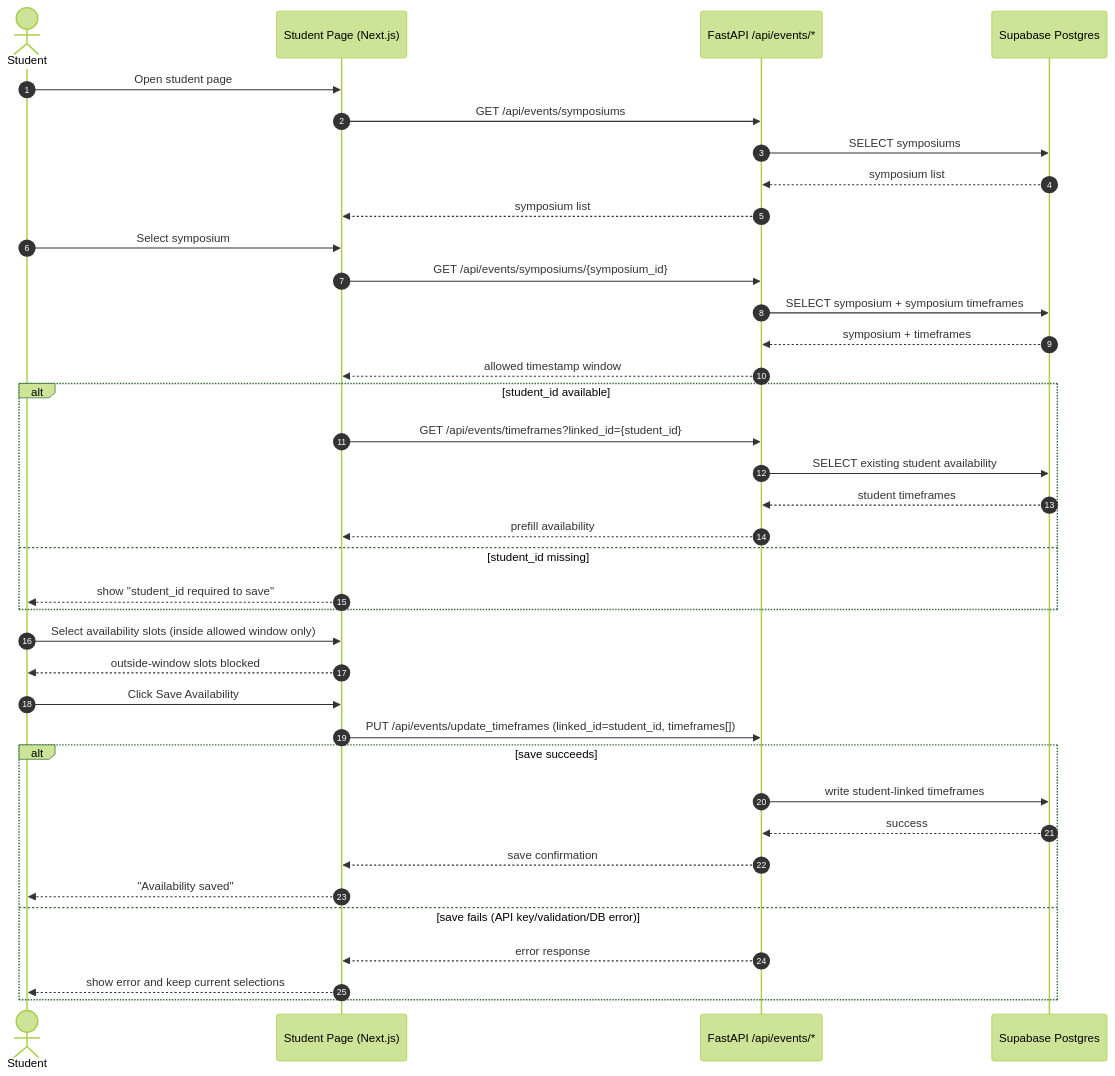
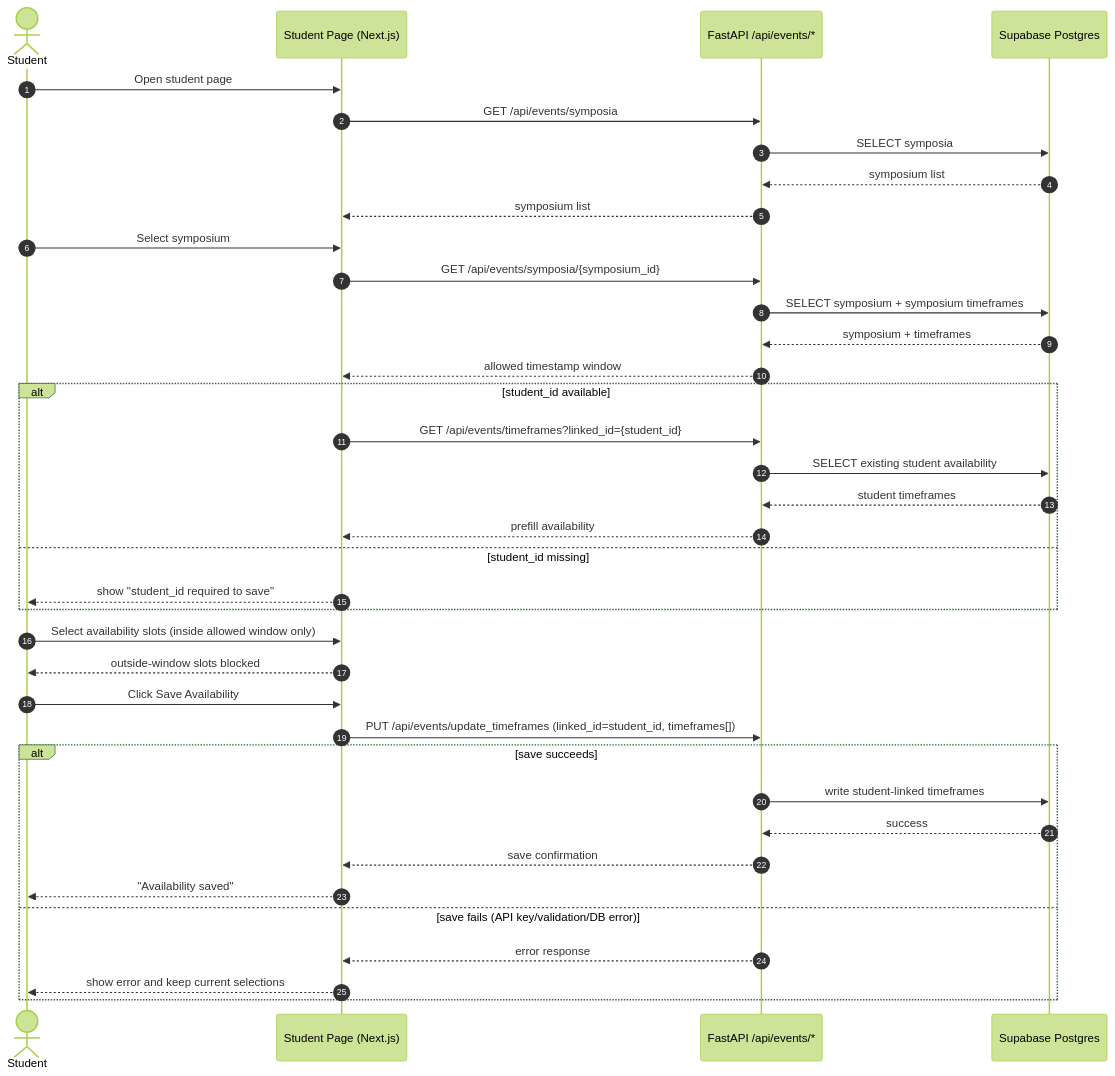
Before and after one commit to occscheduler-blip/conference-scheduler: the diagram in docs/behavioral_diagram.md, drawn with Mermaid (forest theme). The commit also changed 20 other files, not shown here.

````diff
--- a/docs/behavioral_diagram.md
+++ b/docs/behavioral_diagram.md
@@ -1,45 +1,45 @@
 ```mermaid
 sequenceDiagram
     autonumber
     actor Student
     participant UI as Student Page (Next.js)
     participant API as FastAPI /api/events/*
     participant DB as Supabase Postgres
 
     Student->>UI: Open student page
-    UI->>API: GET /api/events/symposiums
-    API->>DB: SELECT symposiums
+    UI->>API: GET /api/events/symposia
+    API->>DB: SELECT symposia
     DB-->>API: symposium list
     API-->>UI: symposium list
 
     Student->>UI: Select symposium
-    UI->>API: GET /api/events/symposiums/{symposium_id}
+    UI->>API: GET /api/events/symposia/{symposium_id}
     API->>DB: SELECT symposium + symposium timeframes
     DB-->>API: symposium + timeframes
     API-->>UI: allowed timestamp window
 
     alt student_id available
         UI->>API: GET /api/events/timeframes?linked_id={student_id}
         API->>DB: SELECT existing student availability
         DB-->>API: student timeframes
         API-->>UI: prefill availability
     else student_id missing
         UI-->>Student: show "student_id required to save"
     end
 
     Student->>UI: Select availability slots (inside allowed window only)
     UI-->>Student: outside-window slots blocked
 
     Student->>UI: Click Save Availability
     UI->>API: PUT /api/events/update_timeframes (linked_id=student_id, timeframes[])
     alt save succeeds
         API->>DB: write student-linked timeframes
         DB-->>API: success
         API-->>UI: save confirmation
         UI-->>Student: "Availability saved"
     else save fails (API key/validation/DB error)
         API-->>UI: error response
         UI-->>Student: show error and keep current selections
     end
 
 ```
````
